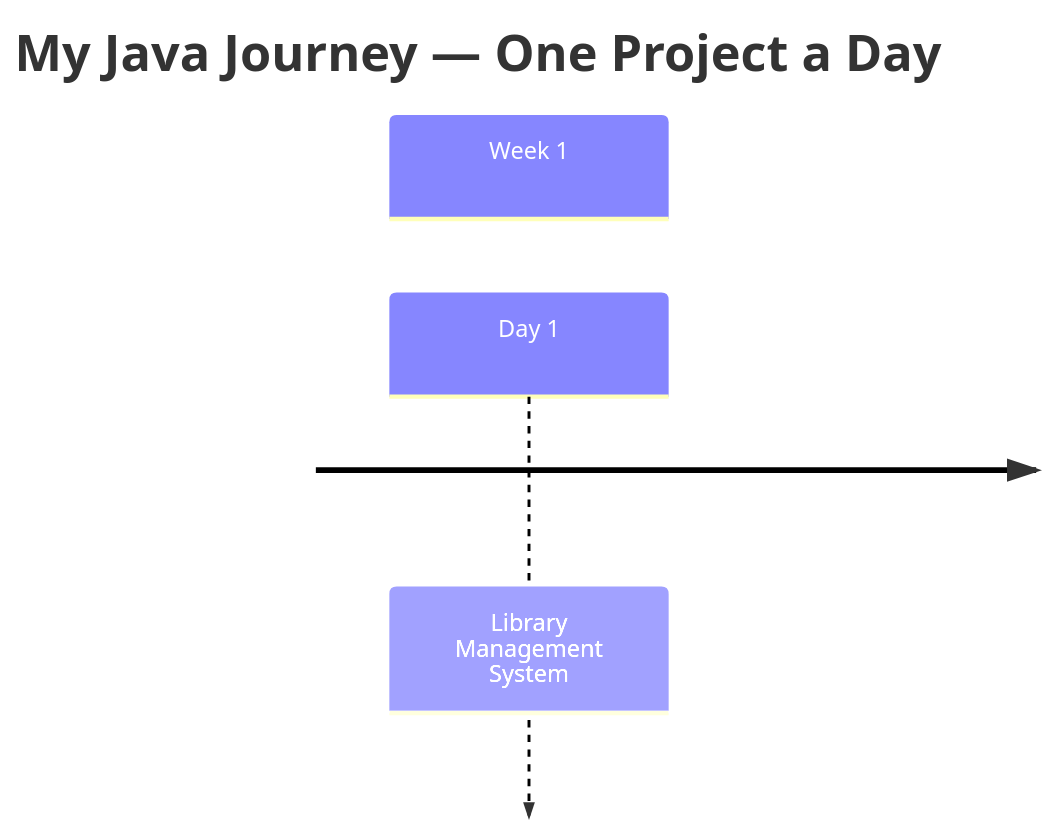
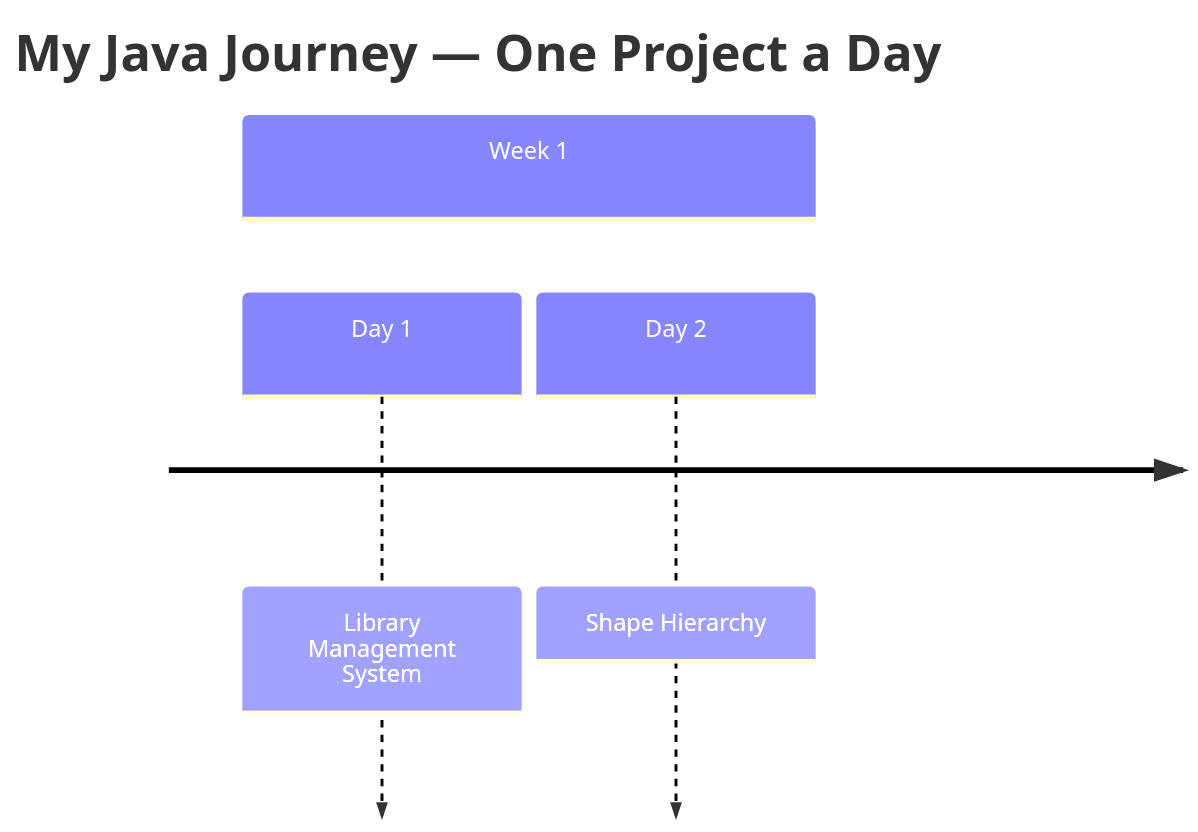
The diagram in README.md (Draxgter1001/Daily-Projects), drawn with Mermaid before and after one commit. The commit also changed other lines of this file and 1 other file, not shown here.

Commit message:
feat: update README with project completion count and add Shape Hierarchy project to timeline

````diff
--- a/README.md
+++ b/README.md
@@ -49,6 +49,7 @@
 ```mermaid
 timeline
     title My Java Journey — One Project a Day
     section Week 1
         Day 1 : Library Management System
+        Day 2 : Shape Hierarchy
 ```
````
